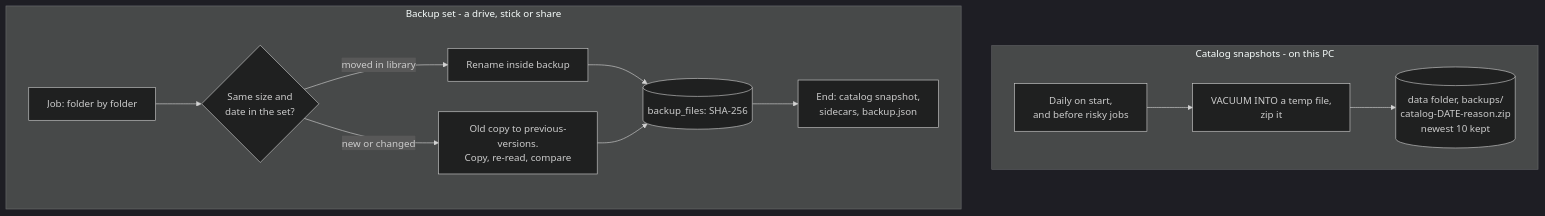
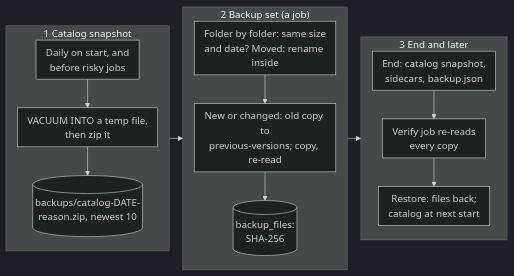
Before and after one commit to AxialForge/Lunelis: diagram 11 of 14 in docs/src/dataflow-lunelis.md, drawn with Mermaid (dark theme). The commit also changed other lines of this file and 3 other files, not shown here.

Commit message:
Kit: keep table header and last rows with their neighbours, taller figures, diagram and table guidance in the style guide

````diff
--- a/docs/src/dataflow-lunelis.md
+++ b/docs/src/dataflow-lunelis.md
@@ -429,15 +365,17 @@
 ```mermaid Two separate safety nets. Snapshots protect the catalog; backup sets protect photo files.
-flowchart TD
-  subgraph snap["Catalog snapshots - on this PC"]
-    s1["Daily on start,<br/>and before risky jobs"] --> s2["VACUUM INTO a temp file,<br/>zip it"]
-    s2 --> s3[("data folder, backups/<br/>catalog-DATE-reason.zip<br/>newest 10 kept")]
+%%{init: {"flowchart": {"rankSpacing": 22, "nodeSpacing": 18, "padding": 8}}}%%
+flowchart LR
+  subgraph c1["1 Catalog snapshot"]
+    direction TB
+    s1["Daily on start, and<br/>before risky jobs"] --> s2["VACUUM INTO a temp file,<br/>then zip it"] --> s3[("backups/catalog-DATE-<br/>reason.zip, newest 10")]
   end
-  subgraph set["Backup set - a drive, stick or share"]
-    b1["Job: folder by folder"] --> b2{"Same size and<br/>date in the set?"}
-    b2 -- "moved in library" --> b3["Rename inside backup"]
-    b2 -- "new or changed" --> b4["Old copy to previous-versions.<br/>Copy, re-read, compare"]
-    b3 --> b5[("backup_files: SHA-256")]
-    b4 --> b5
-    b5 --> b6["End: catalog snapshot,<br/>sidecars, backup.json"]
+  subgraph c2["2 Backup set (a job)"]
+    direction TB
+    b1["Folder by folder: same size<br/>and date? Moved: rename inside"] --> b3["New or changed: old copy to<br/>previous-versions; copy, re-read"] --> b4[("backup_files:<br/>SHA-256")]
   end
+  subgraph c3["3 End and later"]
+    direction TB
+    b5["End: catalog snapshot,<br/>sidecars, backup.json"] --> v["Verify job re-reads<br/>every copy"] --> r["Restore: files back;<br/>catalog at next start"]
+  end
+  c1 --> c2 --> c3
 ```
````
